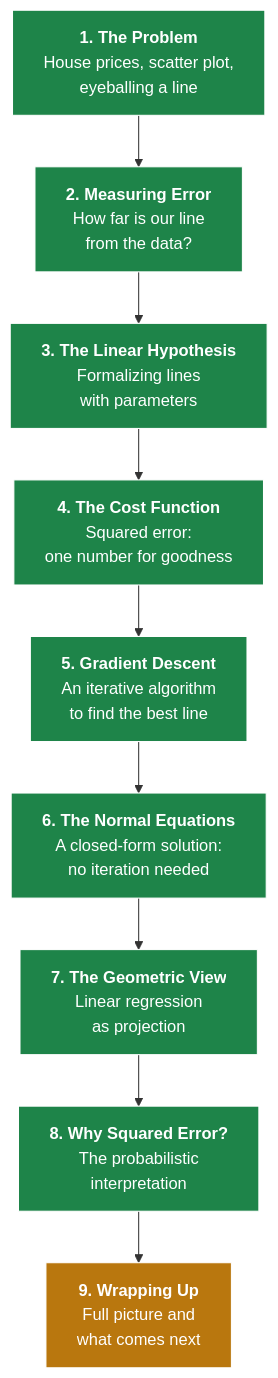
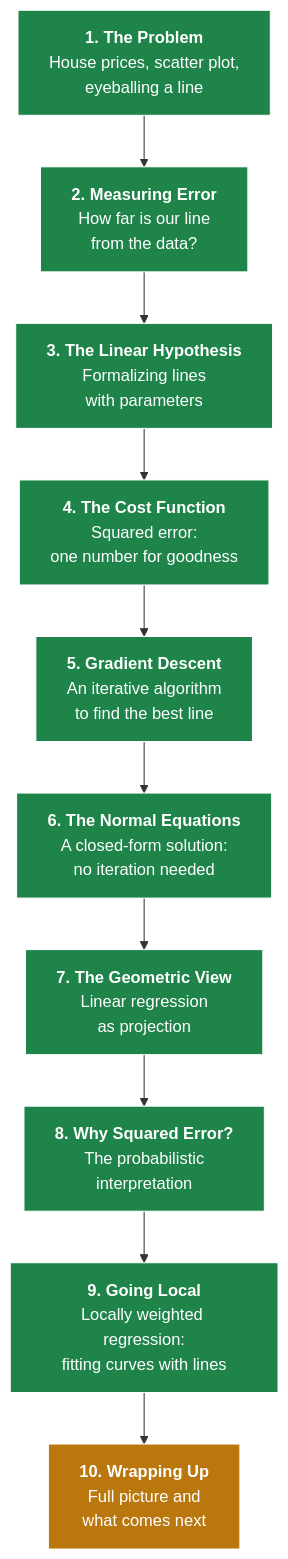
One commit to SushrutGaikwad/SushrutGaikwad.github.io changed the fifth of 5 diagrams in blog/published/linear-regression/index.qmd. Above: the diagram before and after it, drawn with Mermaid. The commit also changed other lines of this file and 9 other files, not shown here.

First line of the commit message:
Add locally weighted regression to the linear regression post

````diff
--- a/blog/published/linear-regression/index.qmd
+++ b/blog/published/linear-regression/index.qmd
@@ -844,24 +1051,26 @@
 ```{mermaid}
 %%| fig-align: center
 flowchart TB
     A["<b>1. The Problem</b><br/>House prices, scatter plot,<br/>eyeballing a line"]
     B["<b>2. Measuring Error</b><br/>How far is our line<br/>from the data?"]
     C["<b>3. The Linear Hypothesis</b><br/>Formalizing lines<br/>with parameters"]
     D["<b>4. The Cost Function</b><br/>Squared error:<br/>one number for goodness"]
     E["<b>5. Gradient Descent</b><br/>An iterative algorithm<br/>to find the best line"]
     F["<b>6. The Normal Equations</b><br/>A closed-form solution:<br/>no iteration needed"]
     G["<b>7. The Geometric View</b><br/>Linear regression<br/>as projection"]
     H["<b>8. Why Squared Error?</b><br/>The probabilistic<br/>interpretation"]
-    I["<b>9. Wrapping Up</b><br/>Full picture and<br/>what comes next"]
-    A --> B --> C --> D --> E --> F --> G --> H --> I
+    L["<b>9. Going Local</b><br/>Locally weighted regression:<br/>fitting curves with lines"]
+    I["<b>10. Wrapping Up</b><br/>Full picture and<br/>what comes next"]
+    A --> B --> C --> D --> E --> F --> G --> H --> L --> I
 
     style A fill:#1e8449,color:#fff,stroke:#fff
     style B fill:#1e8449,color:#fff,stroke:#fff
     style C fill:#1e8449,color:#fff,stroke:#fff
     style D fill:#1e8449,color:#fff,stroke:#fff
     style E fill:#1e8449,color:#fff,stroke:#fff
     style F fill:#1e8449,color:#fff,stroke:#fff
     style G fill:#1e8449,color:#fff,stroke:#fff
     style H fill:#1e8449,color:#fff,stroke:#fff
+    style L fill:#1e8449,color:#fff,stroke:#fff
     style I fill:#b9770e,color:#fff,stroke:#fff
 ```
````
